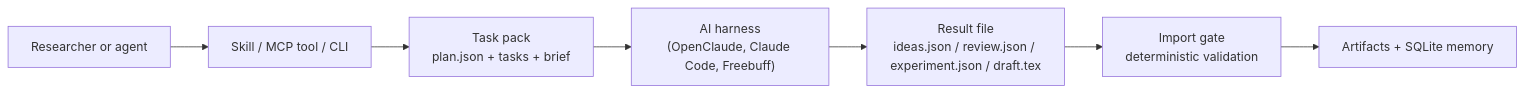
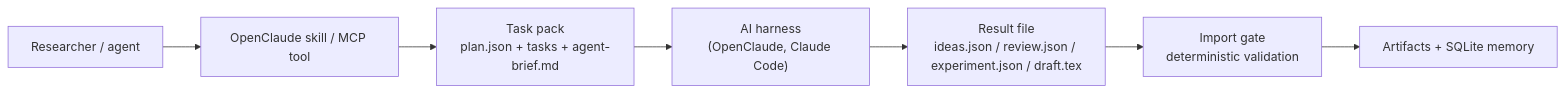
One commit to mahdyarief/paper-assist changed the diagram in README.md. Above: the diagram before and after it, drawn with Mermaid. The commit also changed other lines of this file and 114 other files, not shown here.

Commit message:
Refactor: plugin core only, MCP server entry point, plugin.json homepage

````diff
--- a/README.md
+++ b/README.md
@@ -48,9 +46,9 @@
 ```mermaid
 flowchart LR
-    U["Researcher or agent"] --> S["Skill / MCP tool / CLI"]
-    S --> P["Task pack<br/>plan.json + tasks + brief"]
-    P --> H["AI harness<br/>(OpenClaude, Claude Code, Freebuff)"]
+    U["Researcher / agent"] --> S["OpenClaude skill / MCP tool"]
+    S --> P["Task pack<br/>plan.json + tasks + agent-brief.md"]
+    P --> H["AI harness<br/>(OpenClaude, Claude Code)"]
     H --> R["Result file<br/>ideas.json / review.json / experiment.json / draft.tex"]
     R --> G["Import gate<br/>deterministic validation"]
     G --> A["Artifacts + SQLite memory"]
 ```
````
